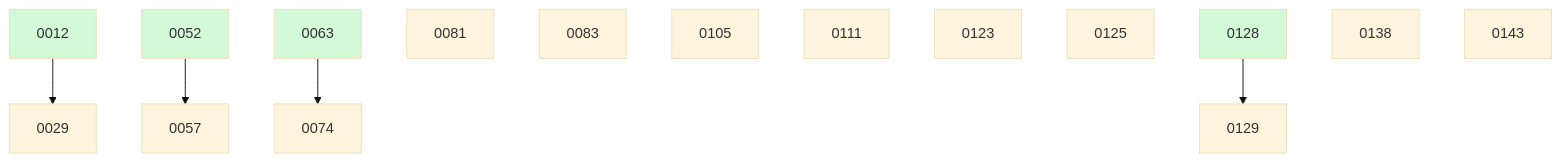
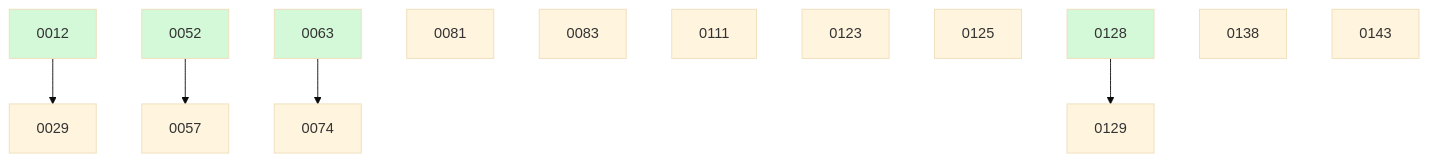
Before and after one commit to ethanhinson/fuse: the diagram in docs/changes/BOARD.md, drawn with Mermaid (base theme). The commit also changed other lines of this file and 1 other file, not shown here.

````diff
--- a/docs/changes/BOARD.md
+++ b/docs/changes/BOARD.md
@@ -37,20 +36,19 @@
 ```mermaid
 graph TD
   0012 --> 0029
   0052 --> 0057
   0063 --> 0074
   0081
   0083
-  0105
   0111
   0123
   0125
   0128 --> 0129
   0138
   0143
   0012:::done
   0052:::done
   0063:::done
   0128:::done
   classDef done fill:#d3f9d8;
 ```
````
